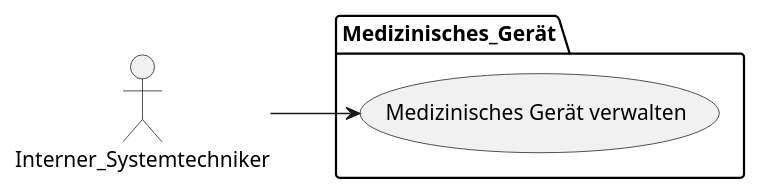
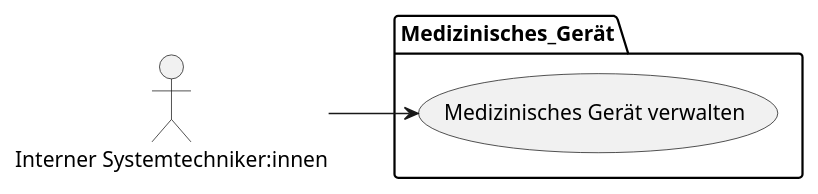
The fifth of 9 diagrams in docs/2_planning/1_business_use_cases.md (fh-erfurt/ss23-kba-project), drawn with PlantUML before and after one commit. The commit also changed other lines of this file, not shown here.

````diff
--- a/docs/2_planning/1_business_use_cases.md
+++ b/docs/2_planning/1_business_use_cases.md
@@ -110,11 +110,11 @@
 ```plantuml BUC Geraetehersteller
 @startuml
 left to right direction
-actor Interner_Systemtechniker as is
+actor "Interner Systemtechniker:innen" as is
 package Medizinisches_Gerät {
   usecase "Medizinisches Gerät verwalten" as UC1
 }
 
 is --> UC1
 @enduml
 ```
````
